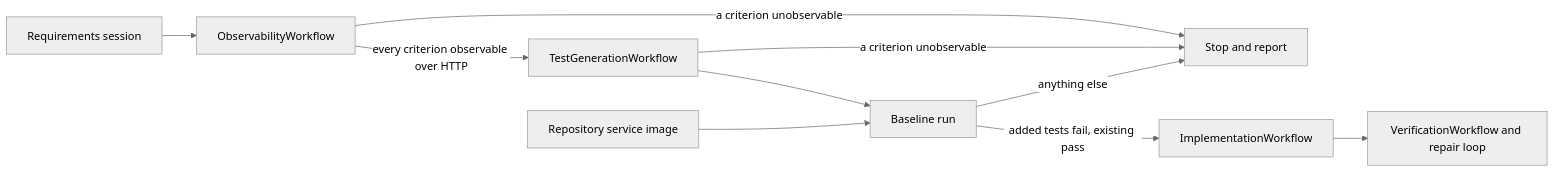
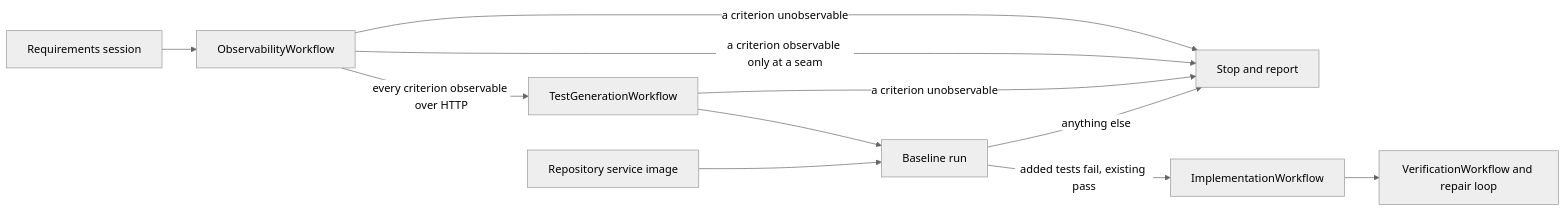
The third of 4 diagrams in docs/service-implementation.md (zikasak/temporal-SDLC), drawn with Mermaid (neutral theme) before and after one commit. The commit also changed other lines of this file and 15 other files, not shown here.

````diff
--- a/docs/service-implementation.md
+++ b/docs/service-implementation.md
@@ -469,12 +471,13 @@
 ```mermaid
 flowchart LR
     brief[Requirements session] --> routing[ObservabilityWorkflow]
     routing -- every criterion observable over HTTP --> tests[TestGenerationWorkflow]
     routing -- a criterion unobservable --> stop
+    routing -- a criterion observable only at a seam --> stop
     tests -- a criterion unobservable --> stop
     tests --> baseline[Baseline run]
     repository[Repository service image] --> baseline
     baseline -- added tests fail, existing pass --> fix[ImplementationWorkflow]
     baseline -- anything else --> stop[Stop and report]
     fix --> verification[VerificationWorkflow and repair loop]
 ```
````
